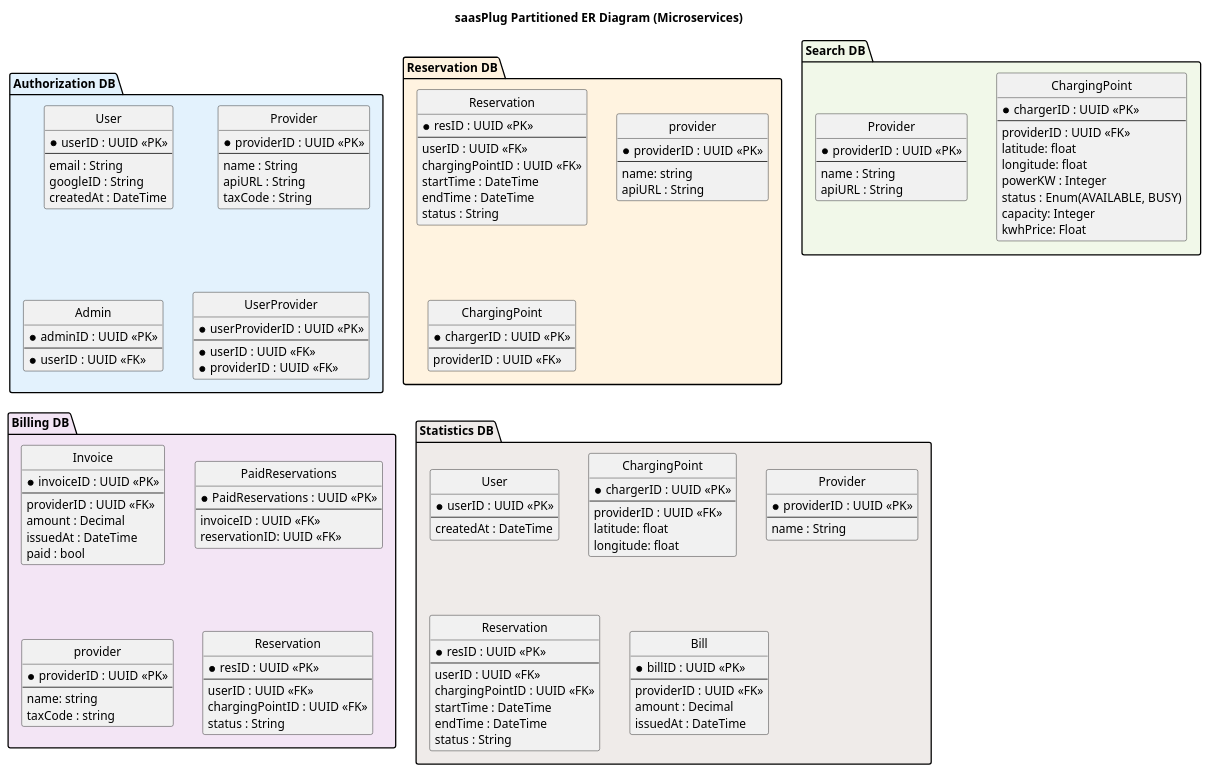
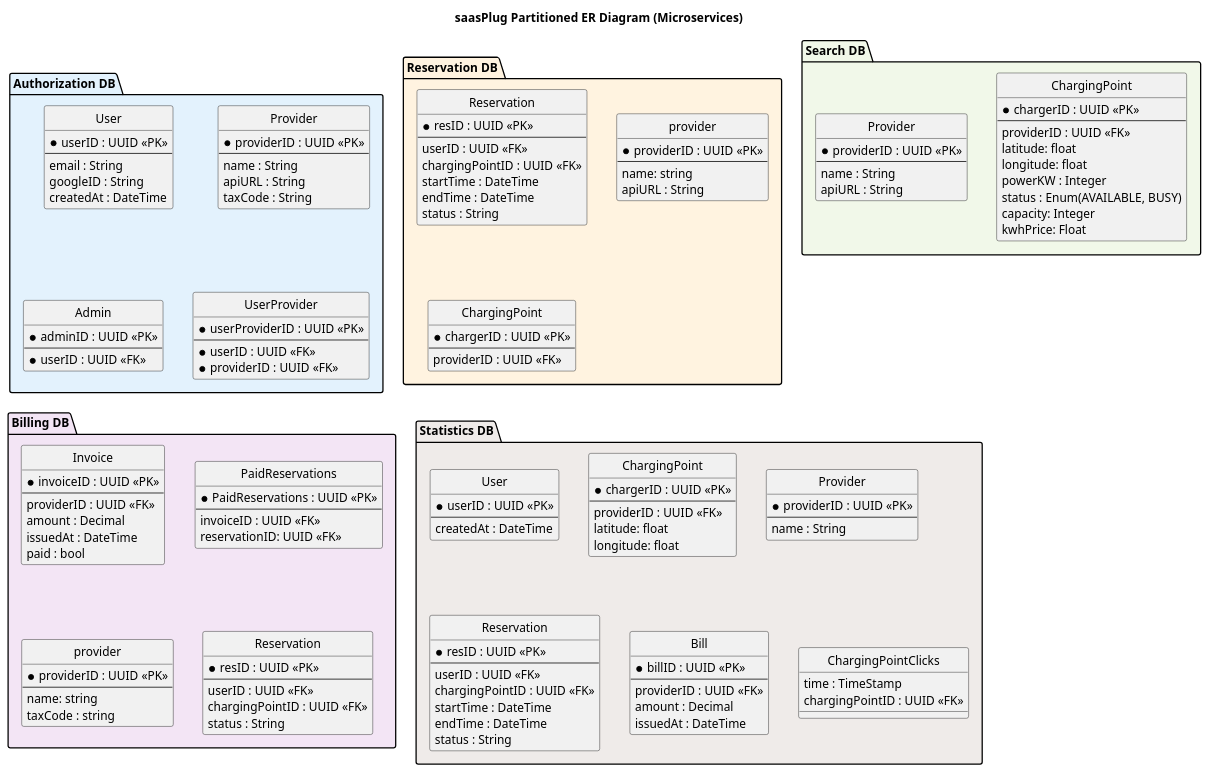
One commit to Angelosef/saas_plug_diagrams changed the diagram in puml_diagrams/er.puml. Above: the diagram before and after it, drawn with PlantUML. The commit also changed 1 other file, not shown here.

Commit message:
updated diagram-text in markdown

```diff
--- a/puml_diagrams/er.puml
+++ b/puml_diagrams/er.puml
@@ -1,164 +1,169 @@
 @startuml er_diagram
 title saasPlug Partitioned ER Diagram (Microservices)
 
 ' Formatting
 hide circle
 skinparam Linetype ortho
 
 package "Authorization DB" #E3F2FD {
   entity "User" as user {
     * userID : UUID <<PK>>
     --
     email : String
     googleID : String
     createdAt : DateTime
   }
 
   entity "Provider" as provider {
     * providerID : UUID <<PK>>
     --
     name : String
     apiURL : String
     taxCode : String
   }
 
   entity "Admin" as admin {
     * adminID : UUID <<PK>>
     --
     * userID : UUID <<FK>>
   }
 
   entity "UserProvider" as userProvider {
     * userProviderID : UUID <<PK>>
     --
     * userID : UUID <<FK>>
     * providerID : UUID <<FK>>
   }
 
 
 }
 
 package "Search DB" #F1F8E9 {
   
   entity "ChargingPoint" as charger {
     * chargerID : UUID <<PK>>
     --
     providerID : UUID <<FK>>
     latitude: float
     longitude: float
     powerKW : Integer
     status : Enum(AVAILABLE, BUSY)
     capacity: Integer
     kwhPrice: Float
   }
 
   entity "Provider" as provider {
     * providerID : UUID <<PK>>
     --
     name : String
     apiURL : String
   }
 
 }
 
 package "Reservation DB" #FFF3E0 {
   entity "Reservation" as res {
     * resID : UUID <<PK>>
     --
     userID : UUID <<FK>>
     chargingPointID : UUID <<FK>>
     startTime : DateTime
     endTime : DateTime
     status : String
   }
 
   entity "provider" as provider {
     * providerID : UUID <<PK>>
     --
     name: string
     apiURL : String
   }
 
   entity "ChargingPoint" as charger {
     * chargerID : UUID <<PK>>
     --
     providerID : UUID <<FK>>
   }
 }
 
 package "Billing DB" #F3E5F5 {
   entity "Invoice" as invoice {
     * invoiceID : UUID <<PK>>
     --
     providerID : UUID <<FK>>
     amount : Decimal
     issuedAt : DateTime
     paid : bool
   }
 
   entity "PaidReservations" as paid {
     * PaidReservations : UUID <<PK>>
     --
     invoiceID : UUID <<FK>>
     reservationID: UUID <<FK>>
   }
 
   entity "provider" as provider {
     * providerID : UUID <<PK>>
     --
     name: string
     taxCode : string
   }
 
   entity "Reservation" as res {
     * resID : UUID <<PK>>
     --
     userID : UUID <<FK>>
     chargingPointID : UUID <<FK>>
     status : String
   }
 
 }
 
 package "Statistics DB" #EFEBE9 {
     entity "User" as user {
     * userID : UUID <<PK>>
     --
     createdAt : DateTime
   }
 
   entity "ChargingPoint" as charger {
     * chargerID : UUID <<PK>>
     --
     providerID : UUID <<FK>>
     latitude: float
     longitude: float
   }
 
   entity "Provider" as provider {
     * providerID : UUID <<PK>>
     --
     name : String
   }
 
   entity "Reservation" as res {
     * resID : UUID <<PK>>
     --
     userID : UUID <<FK>>
     chargingPointID : UUID <<FK>>
     startTime : DateTime
     endTime : DateTime
     status : String
   }
 
   entity "Bill" as bill {
     * billID : UUID <<PK>>
     --
     providerID : UUID <<FK>>
     amount : Decimal
     issuedAt : DateTime
   }
+
+  entity "ChargingPointClicks" as clicks {
+    time : TimeStamp
+    chargingPointID : UUID <<FK>>
+  }
     
 }
 
 @enduml
```
